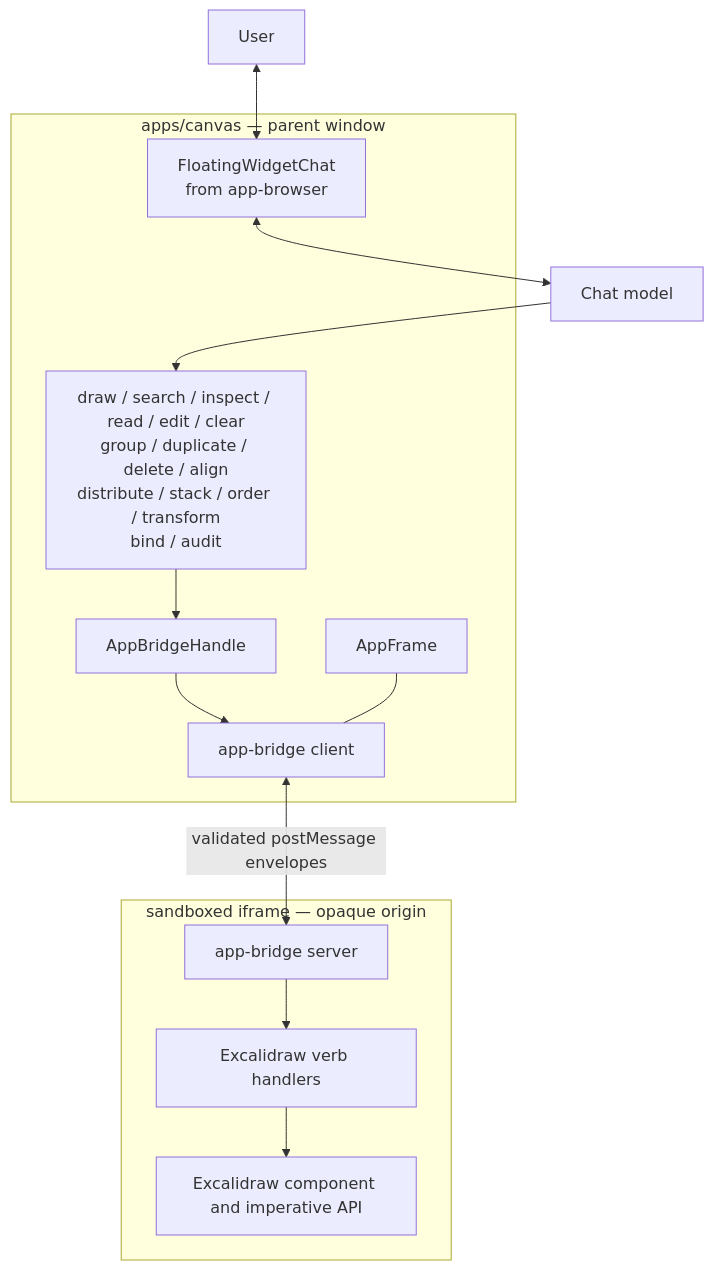
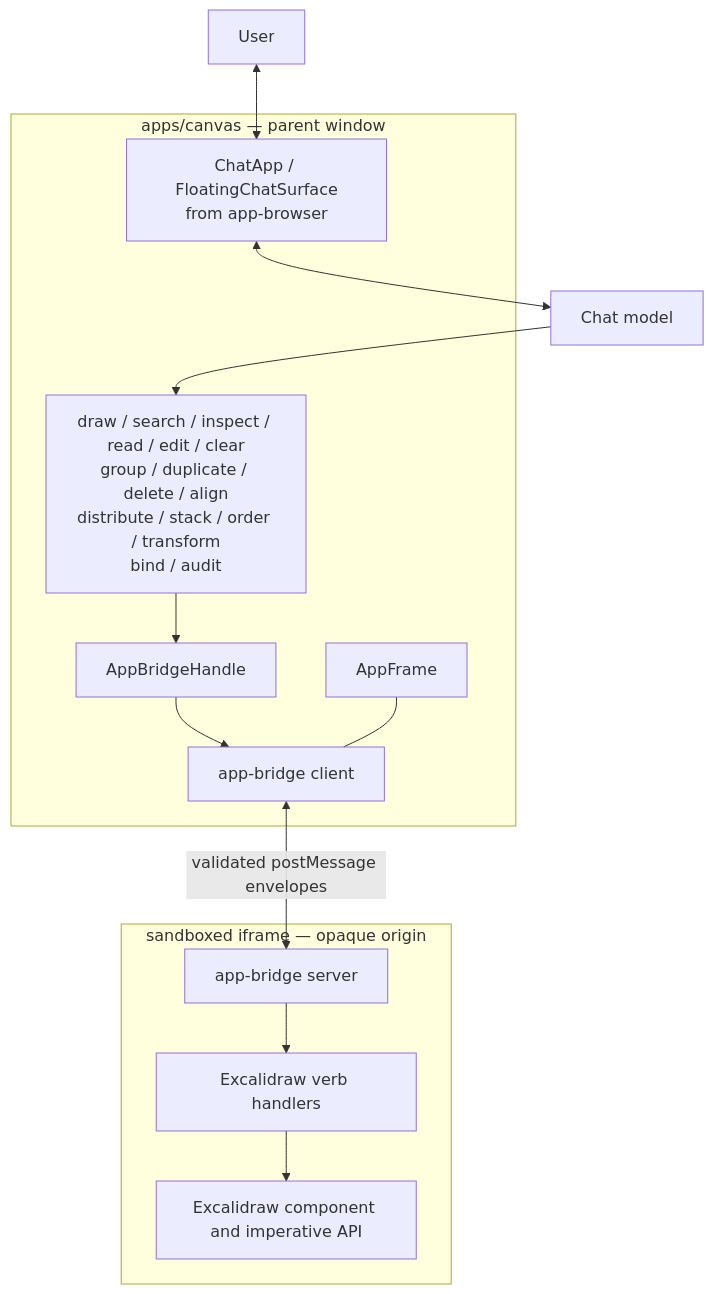
One commit to NNTin/tinytinkerer changed the second of 12 diagrams in docs/app-harness.md. Above: the diagram before and after it, drawn with Mermaid. The commit also changed other lines of this file and 2 other files, not shown here.

First line of the commit message:
docs: update architecture docs for the #325 shared-App + single-document root

````diff
--- a/docs/app-harness.md
+++ b/docs/app-harness.md
@@ -70,29 +70,29 @@
 ```mermaid
 flowchart TB
   user[User]
   model[Chat model]
 
   subgraph shell["apps/canvas — parent window"]
-    chat["FloatingWidgetChat<br/>from app-browser"]
+    chat["ChatApp / FloatingChatSurface<br/>from app-browser"]
     tools["draw / search / inspect / read / edit / clear<br/>group / duplicate / delete / align<br/>distribute / stack / order / transform<br/>bind / audit"]
     handle["AppBridgeHandle"]
     client["app-bridge client"]
     frame["AppFrame"]
   end
 
   subgraph iframe["sandboxed iframe — opaque origin"]
     server["app-bridge server"]
     handlers["Excalidraw verb handlers"]
     component["Excalidraw component and imperative API"]
   end
 
   user <--> chat
   chat <--> model
   model --> tools
   tools --> handle
   handle --> client
   client <-->|"validated postMessage envelopes"| server
   frame --- client
   server --> handlers
   handlers --> component
 ```
````
